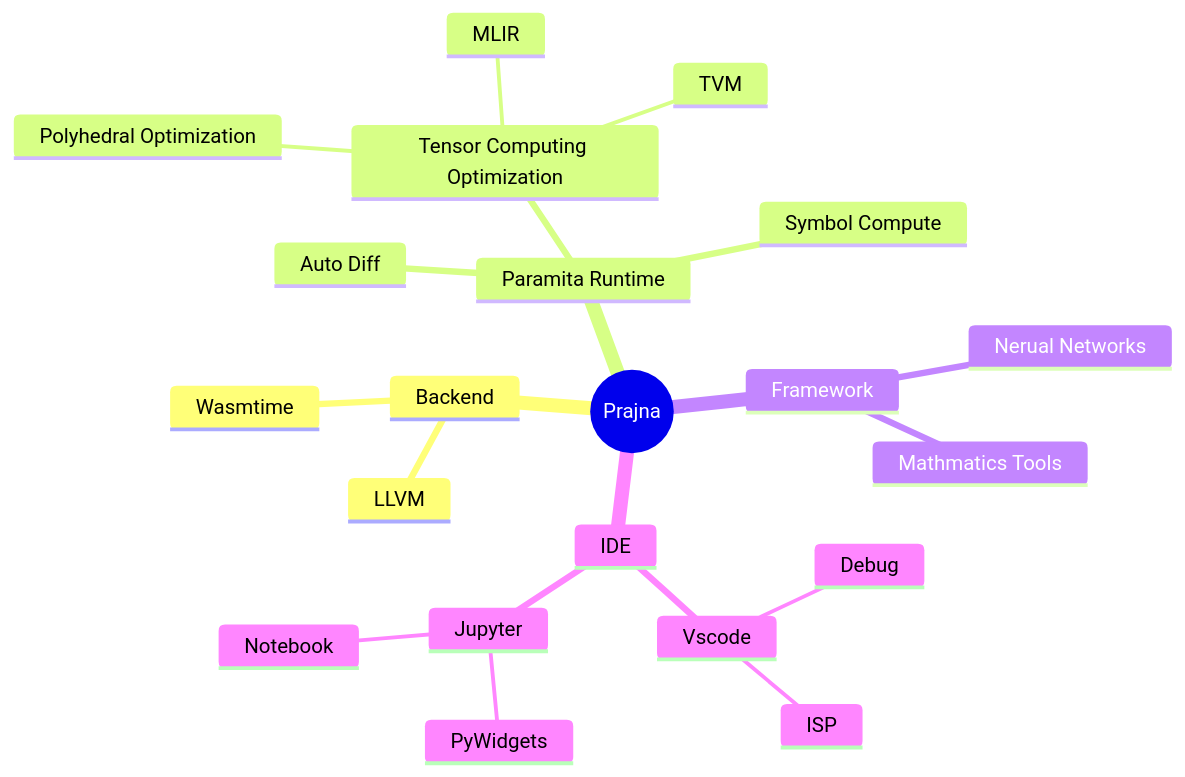
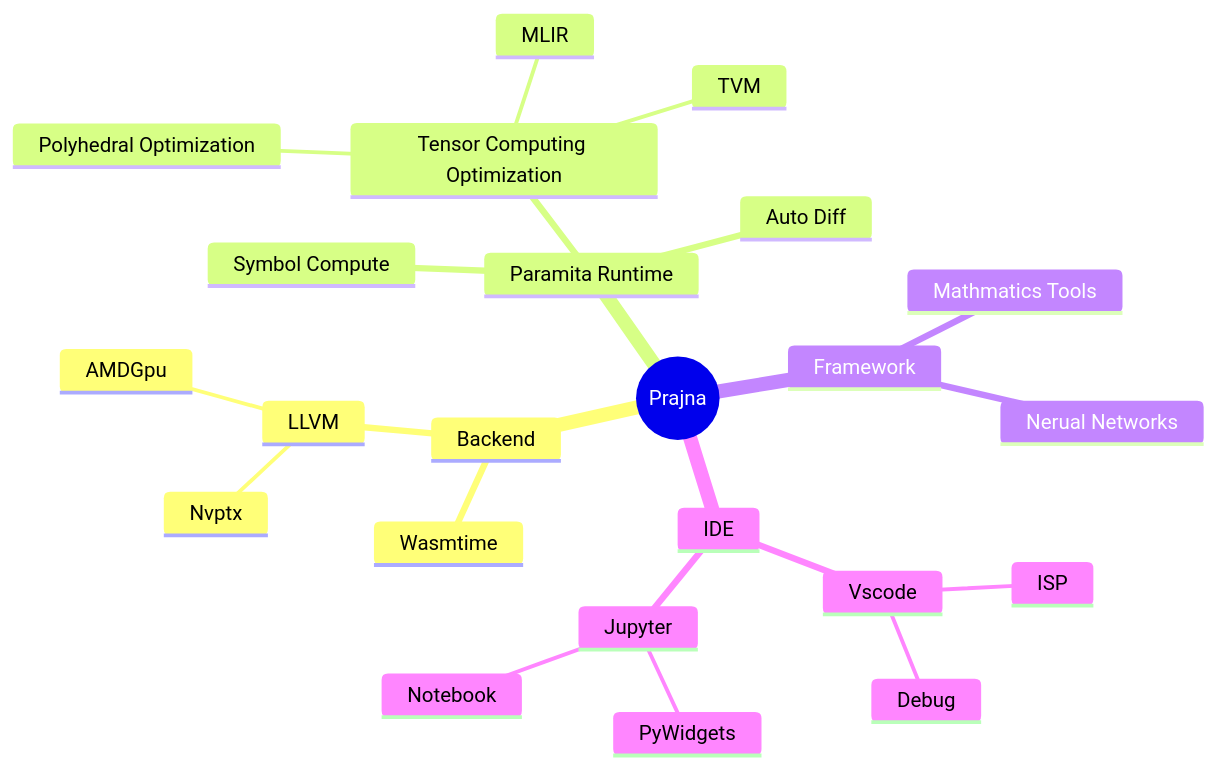
The third of 3 diagrams in README.md (prajna-lang/prajna), drawn with Mermaid before and after one commit. The commit also changed other lines of this file, not shown here.

````diff
--- a/README.md
+++ b/README.md
@@ -74,26 +97,28 @@
 ```mermaid
 mindmap
   root((Prajna))
     Backend
       LLVM
+        Nvptx
+        AMDGpu
       Wasmtime
     Paramita Runtime
         Tensor Computing Optimization
           Polyhedral Optimization
           TVM
           MLIR
         Auto Diff
         Symbol Compute
     Framework
       Nerual Networks
       Mathmatics Tools
     IDE
       Vscode
         ISP
         Debug
       Jupyter
         PyWidgets
         Notebook
 
 
 ```
````
